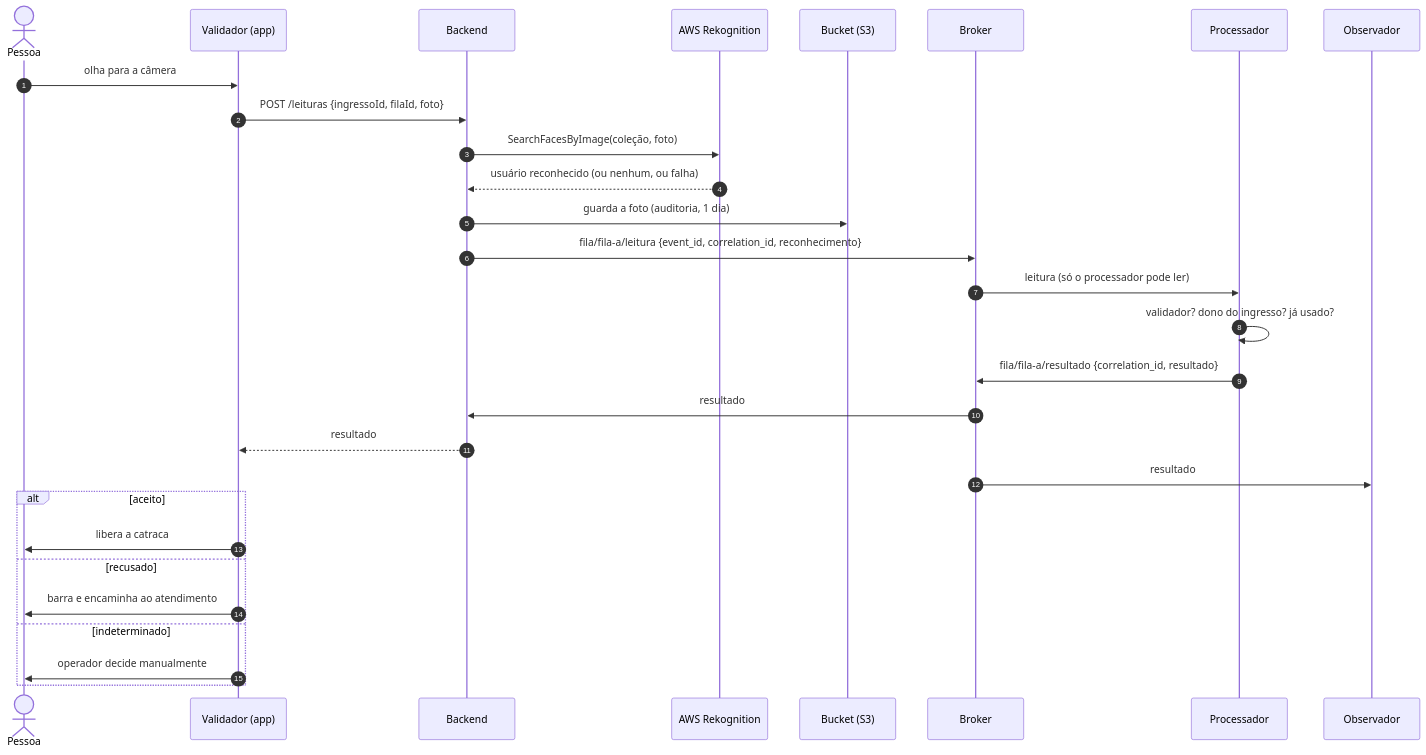
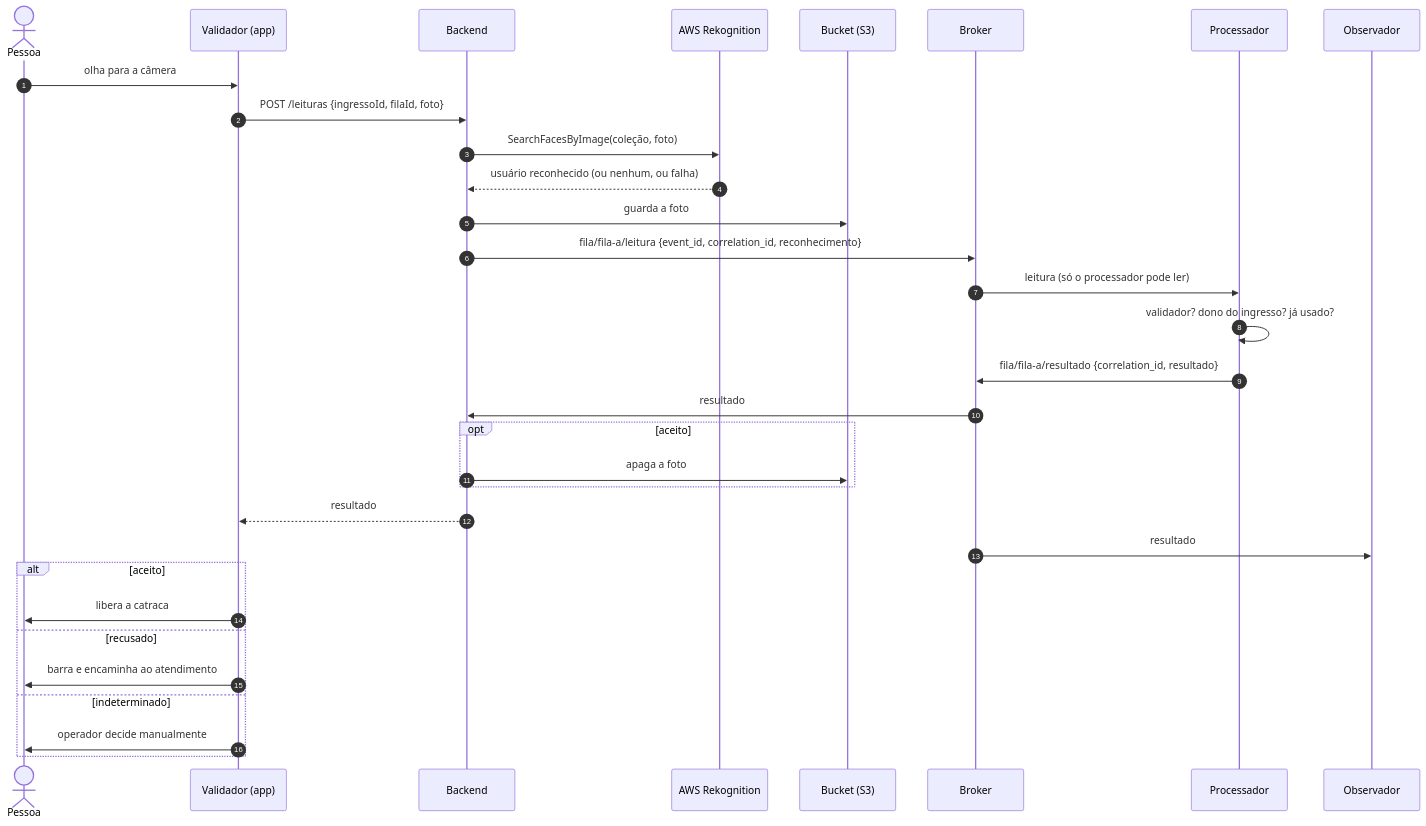
Before and after one commit to UFG-INF-SSU-2026/Leite-de-Pedra: the fourth of 8 diagrams in docs/ARQUITETURA.md, drawn with Mermaid. The commit also changed other lines of this file, not shown here.

````diff
--- a/docs/ARQUITETURA.md
+++ b/docs/ARQUITETURA.md
@@ -178,32 +178,35 @@
 ```mermaid
 sequenceDiagram
     autonumber
     actor Pessoa
     participant V as Validador (app)
     participant K as Backend
     participant R as AWS Rekognition
     participant S3 as Bucket (S3)
     participant B as Broker
     participant C as Processador
     participant O as Observador
 
     Pessoa->>V: olha para a câmera
     V->>K: POST /leituras {ingressoId, filaId, foto}
     K->>R: SearchFacesByImage(coleção, foto)
     R-->>K: usuário reconhecido (ou nenhum, ou falha)
-    K->>S3: guarda a foto (auditoria, 1 dia)
+    K->>S3: guarda a foto
     K->>B: fila/fila-a/leitura {event_id, correlation_id, reconhecimento}
     B->>C: leitura (só o processador pode ler)
     C->>C: validador? dono do ingresso? já usado?
     C->>B: fila/fila-a/resultado {correlation_id, resultado}
     B->>K: resultado
+    opt aceito
+        K->>S3: apaga a foto
+    end
     K-->>V: resultado
     B->>O: resultado
     alt aceito
         V->>Pessoa: libera a catraca
     else recusado
         V->>Pessoa: barra e encaminha ao atendimento
     else indeterminado
         V->>Pessoa: operador decide manualmente
     end
 ```
````
